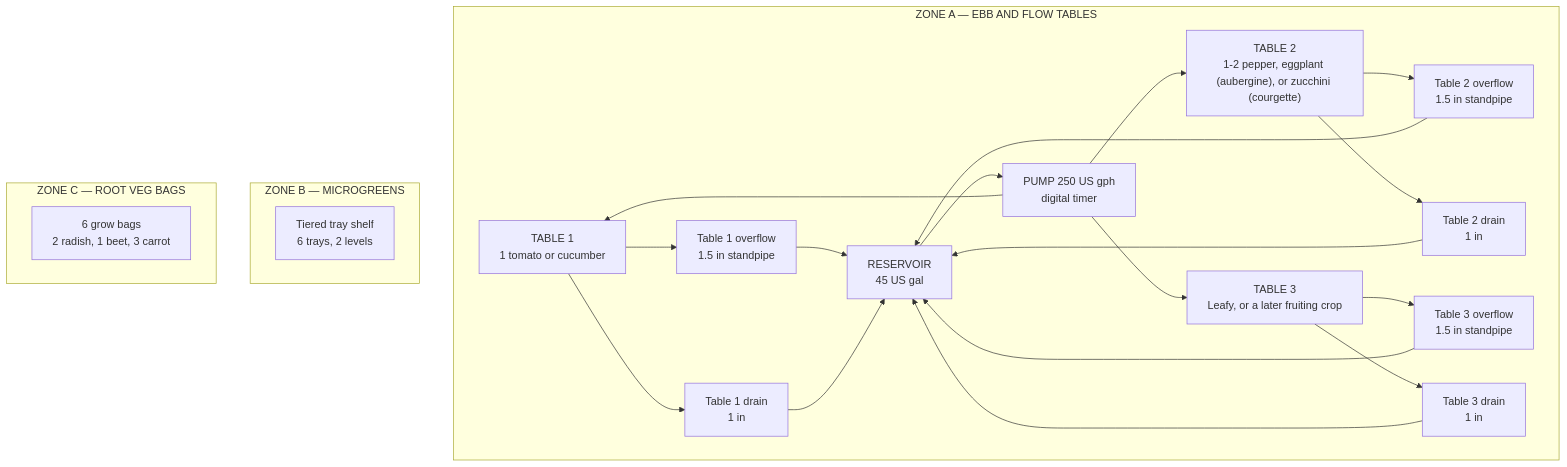
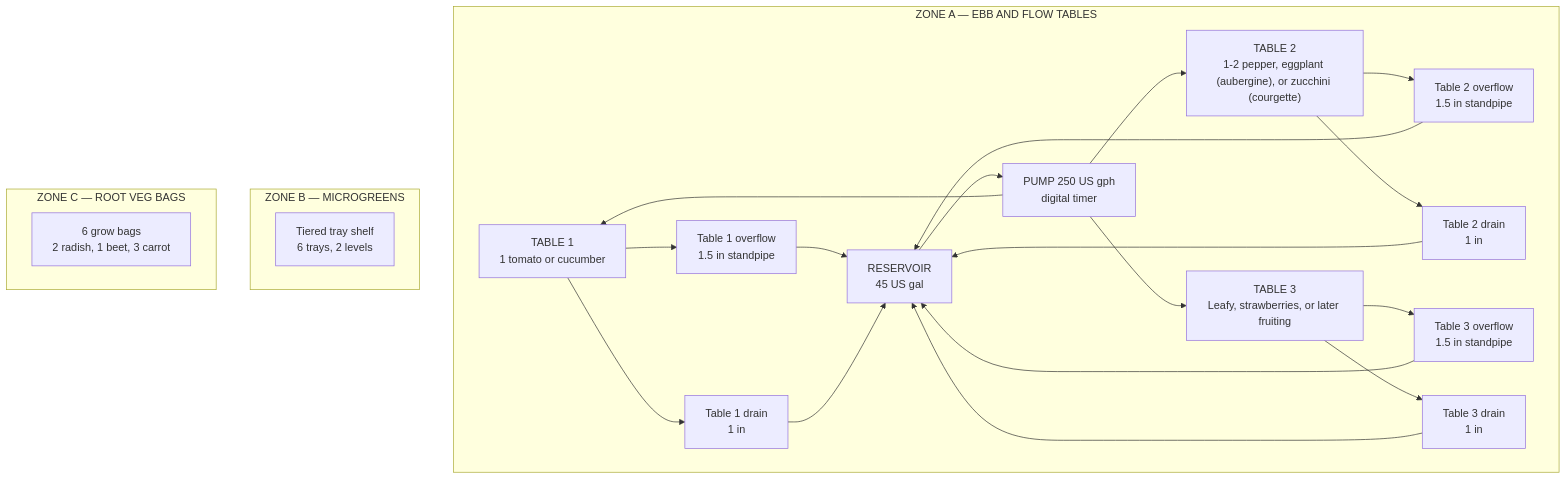
One commit to UncleJS/guide_hydroponics changed the first of 2 diagrams in guide/ebb-and-flow/00-system-overview.md. Above: the diagram before and after it, drawn with Mermaid. The commit also changed other lines of this file and 22 other files, not shown here.

````diff
--- a/guide/ebb-and-flow/00-system-overview.md
+++ b/guide/ebb-and-flow/00-system-overview.md
@@ -109,29 +109,29 @@
 ```mermaid
 flowchart TD
     subgraph ZoneA["ZONE A — EBB AND FLOW TABLES"]
         T1["TABLE 1<br/>1 tomato or cucumber"] --> OF1["Table 1 overflow<br/>1.5 in standpipe"]
         T1 --> DR1["Table 1 drain<br/>1 in"]
         T2["TABLE 2<br/>1-2 pepper, eggplant (aubergine), or zucchini (courgette)"] --> OF2["Table 2 overflow<br/>1.5 in standpipe"]
         T2 --> DR2["Table 2 drain<br/>1 in"]
-        T3["TABLE 3<br/>Leafy, or a later fruiting crop"] --> OF3["Table 3 overflow<br/>1.5 in standpipe"]
+        T3["TABLE 3<br/>Leafy, strawberries, or later fruiting"] --> OF3["Table 3 overflow<br/>1.5 in standpipe"]
         T3 --> DR3["Table 3 drain<br/>1 in"]
         OF1 --> RES["RESERVOIR<br/>45 US gal"]
         DR1 --> RES
         OF2 --> RES
         DR2 --> RES
         OF3 --> RES
         DR3 --> RES
         RES --> PUMP["PUMP 250 US gph<br/>digital timer"]
         PUMP --> T1
         PUMP --> T2
         PUMP --> T3
     end
 
     subgraph ZoneB["ZONE B — MICROGREENS"]
         B["Tiered tray shelf<br/>6 trays, 2 levels"]
     end
 
     subgraph ZoneC["ZONE C — ROOT VEG BAGS"]
         C["6 grow bags<br/>2 radish, 1 beet, 3 carrot"]
     end
 ```
````
